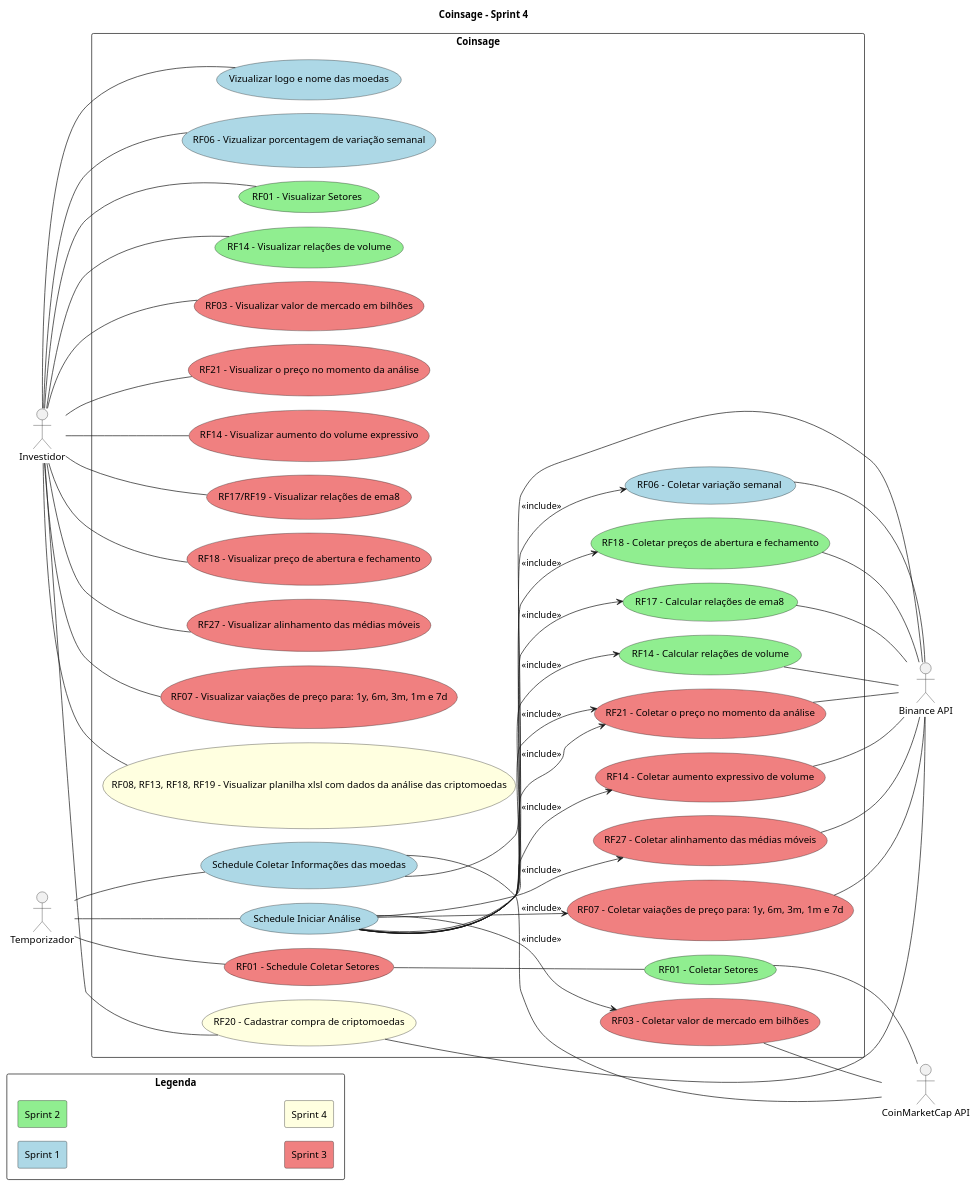
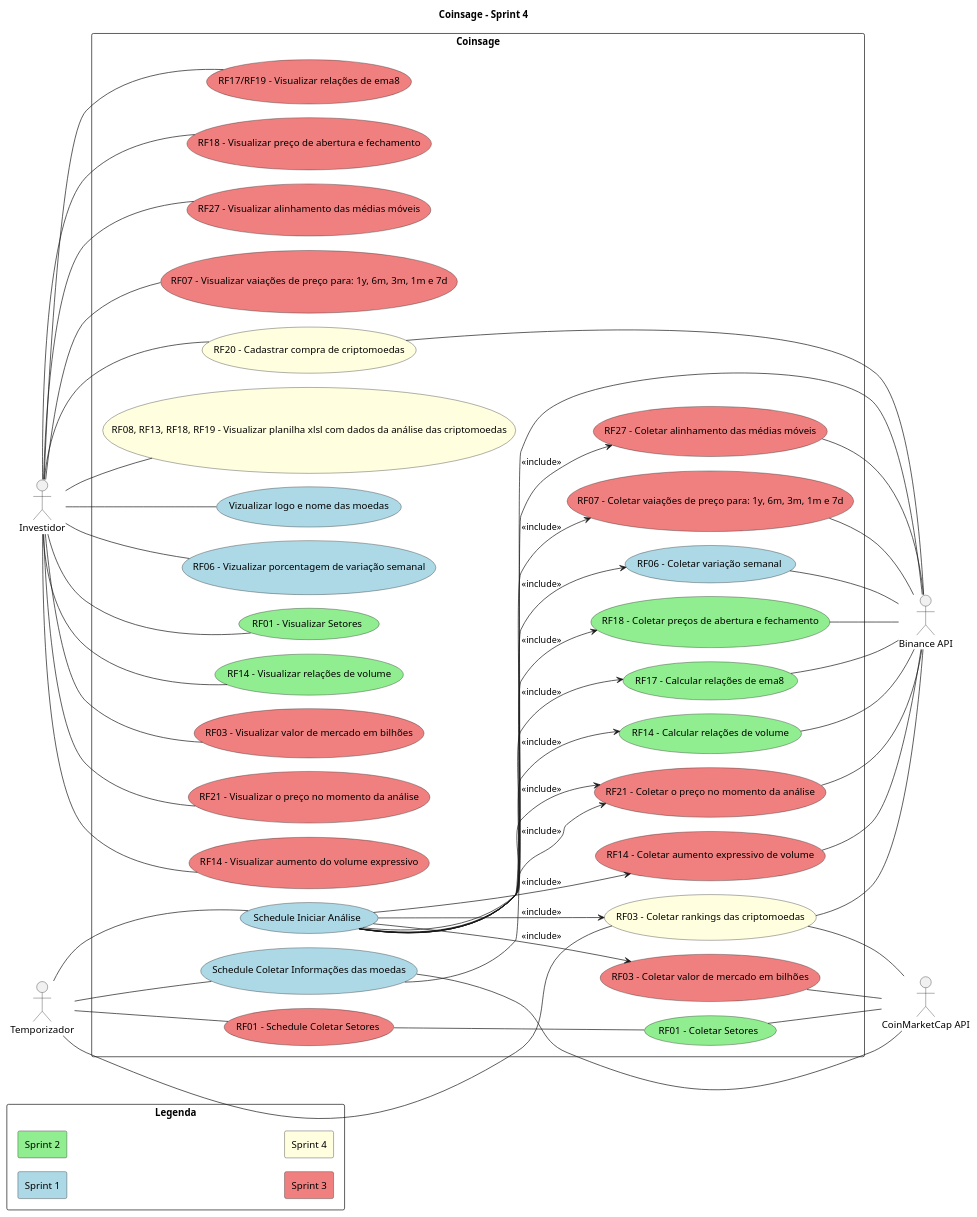
One commit to ICEI-PUC-Minas-PPLES-TI/plf-es-2024-1-ti3-8981100-coinsage changed the diagram in Artefatos/diagramas/casos_de_uso/use_cases.plantuml. Above: the diagram before and after it, drawn with PlantUML. The commit also changed 2 other files, not shown here.

Commit message:
updating usecase diagram

```diff
--- a/Artefatos/diagramas/casos_de_uso/use_cases.plantuml
+++ b/Artefatos/diagramas/casos_de_uso/use_cases.plantuml
@@ -1,118 +1,124 @@
 @startuml
 title Coinsage - Sprint 4
 
 left to right direction
 actor "Investidor" as investor
 actor "Temporizador" as schedule
 actor "Binance API" as binance
 actor "CoinMarketCap API" as cmc
 
 rectangle "Legenda"{
     skinparam minClassWidth 10
     skinparam nodesep 1
     skinparam ranksep 1
 
     rectangle "Sprint 1" #LightBlue
     rectangle "Sprint 2" #LightGreen
     rectangle "Sprint 3" #LightCoral
     rectangle "Sprint 4" #LightYellow
     ' rectangle "Sprint 5" #LightPink
 }
 
 rectangle "Coinsage"{
     skinparam nodesep 20
 
     ' Schedules use cases
     ' Sp1
     usecase "Schedule Coletar Informações das moedas" as sch_cripto_info #LightBlue
     usecase "Schedule Iniciar Análise" as sch_analysis #LightBlue
     ' Sp3
     usecase "RF01 - Schedule Coletar Setores" as sch_sectors #LightCoral /' Should be sprint 2 but not ended '/
 
     ' Analyse use cases
     ' Sp1
     usecase "RF06 - Coletar variação semanal" as collect_cripto_week_incresse #LightBlue
     ' Sp2
     usecase "RF01 - Coletar Setores" as collect_sectors #LightGreen
     usecase "RF18 - Coletar preços de abertura e fechamento" as collect_cripto_open_close #LightGreen
     usecase "RF17 - Calcular relações de ema8" as collect_ema8_relations #LightGreen
     usecase "RF14 - Calcular relações de volume" as collect_volume_relations #LightGreen
     ' Sp3
     usecase "RF03 - Coletar valor de mercado em bilhões" as collect_market_cap #LightCoral /' Should be sprint 2 but not ended '/
     usecase "RF21 - Coletar o preço no momento da análise" as collect_cripto_current_price #LightCoral /' Should be sprint 2 but not ended '/
     usecase "RF14 - Coletar aumento expressivo de volume" as collect_expressive_volume_date #LightCoral /' Should be sprint 2 but not ended '/
     usecase "RF27 - Coletar alinhamento das médias móveis" as collect_emas_aligned #LightCoral
     usecase "RF07 - Coletar vaiações de preço para: 1y, 6m, 3m, 1m e 7d" as collect_cripto_price_variations #LightCoral
 
     ' Report use cases
     ' Sp1
     usecase "Vizualizar logo e nome das moedas" as view_cripto_info #LightBlue
     usecase "RF06 - Vizualizar porcentagem de variação semanal" as view_cripto_week_incresse #LightBlue
     ' Sp2
     usecase "RF01 - Visualizar Setores" as view_sectors #LightGreen
     usecase "RF14 - Visualizar relações de volume" as view_volume_relations #LightGreen
     ' Sp3
     usecase "RF03 - Visualizar valor de mercado em bilhões" as view_market_cap #LightCoral /' Should be sprint 2 but not ended '/
     usecase "RF21 - Visualizar o preço no momento da análise" as view_cripto_current_price #LightCoral /' Should be sprint 2 but not ended '/
     usecase "RF14 - Visualizar aumento do volume expressivo" as view_expressive_volume_increase #LightCoral /' Should be sprint 2 but not ended '/
     usecase "RF17/RF19 - Visualizar relações de ema8" as view_ema8_relations #LightCoral /' Should be sprint 2 but not ended '/
     usecase "RF18 - Visualizar preço de abertura e fechamento" as view_cripto_open_close #LightCoral /' Should be sprint 2 but not ended '/
     usecase "RF27 - Visualizar alinhamento das médias móveis" as view_emas_aligned #LightCoral
     usecase "RF07 - Visualizar vaiações de preço para: 1y, 6m, 3m, 1m e 7d" as view_cripto_price_variations #LightCoral
 
     ' Wallet usecases
     ' Sp4
     usecase "RF20 - Cadastrar compra de criptomoedas" as register_cripto #LightYellow
     usecase "RF08, RF13, RF18, RF19 - Visualizar planilha xlsl com dados da análise das criptomoedas" as view_xlsl #LightYellow
+    ' Sp4
+    usecase "RF03 - Coletar rankings das criptomoedas" as collect_rankings #LightYellow
 }
 
 ' Schedules use cases
 schedule -- sch_analysis
 schedule -- sch_cripto_info
 schedule -- sch_sectors
+schedule -- collect_rankings
 
 ' APIS use cases
 register_cripto -- binance
 sch_cripto_info -- binance
 sch_cripto_info -- cmc
 collect_cripto_week_incresse -- binance
 collect_cripto_current_price -- binance
 collect_cripto_open_close -- binance
 collect_ema8_relations -- binance
 collect_volume_relations -- binance
 collect_expressive_volume_date -- binance
 collect_market_cap -- cmc
 collect_emas_aligned -- binance
 collect_cripto_price_variations -- binance
 sch_sectors -- collect_sectors
 collect_sectors -- cmc
+collect_rankings -- binance
+collect_rankings -- cmc
 
 ' Investor use cases
 investor -- view_sectors
 investor -- view_cripto_info
 investor -- view_cripto_week_incresse
 investor -- view_cripto_current_price
 investor -- view_cripto_open_close
 investor -- view_ema8_relations
 investor -- view_volume_relations
 investor -- view_expressive_volume_increase
 investor -- view_market_cap
 investor -- view_emas_aligned
 investor -- view_cripto_price_variations
 investor -- view_xlsl
 investor -- register_cripto
 
 
 ' Use cases relations
 sch_analysis --> collect_cripto_week_incresse  : <<include>>
 sch_analysis --> collect_cripto_current_price  : <<include>>
 sch_analysis --> collect_cripto_open_close  : <<include>>
 sch_analysis --> collect_ema8_relations  : <<include>>
 sch_analysis --> collect_volume_relations  : <<include>>
 sch_analysis --> collect_expressive_volume_date : <<include>>
 sch_analysis --> collect_market_cap : <<include>>
 sch_analysis --> collect_cripto_current_price : <<include>>
 sch_analysis --> collect_emas_aligned : <<include>>
 sch_analysis --> collect_cripto_price_variations : <<include>>
+sch_analysis --> collect_rankings : <<include>>
 
 @enduml
```
